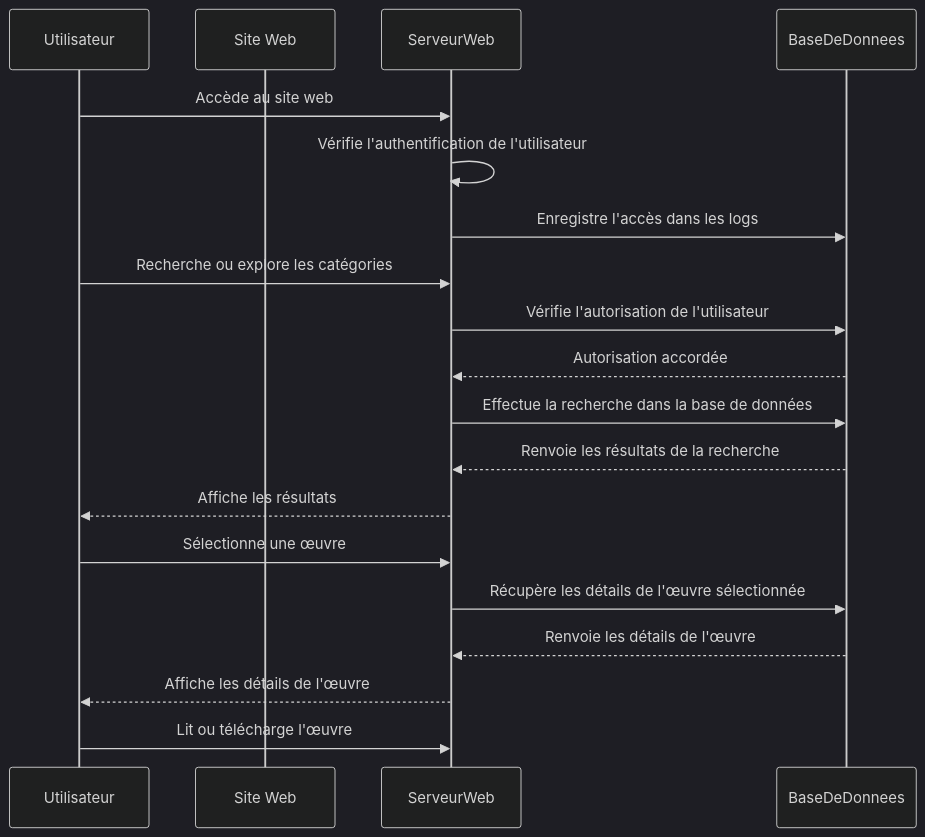
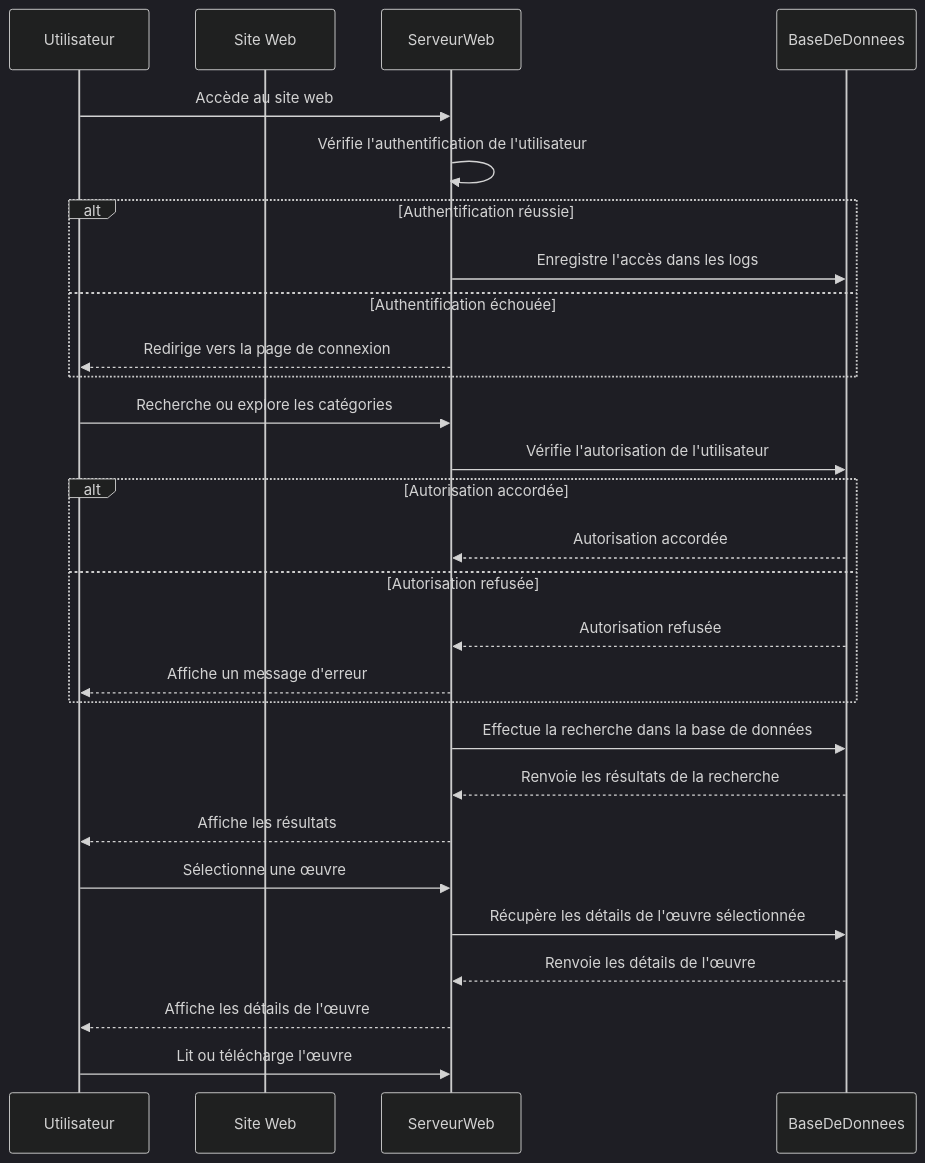
Before and after one commit to melenedufrenois/QuoicOurs: the diagram in scenarios/1/diag_seq.md, drawn with Mermaid (dark theme).

````diff
--- a/scenarios/1/diag_seq.md
+++ b/scenarios/1/diag_seq.md
@@ -1,22 +1,38 @@
 ```mermaid
 sequenceDiagram
     participant U as Utilisateur
     participant S as Site Web
     participant SW as ServeurWeb
     participant DB as BaseDeDonnees
 
     U->>SW: Accède au site web
+
     SW->>SW: Vérifie l'authentification de l'utilisateur
-    SW->>DB: Enregistre l'accès dans les logs
+    alt Authentification réussie
+        SW->>DB: Enregistre l'accès dans les logs
+    else Authentification échouée
+        SW-->>U: Redirige vers la page de connexion
+    end
+
     U->>SW: Recherche ou explore les catégories
+
     SW->>DB: Vérifie l'autorisation de l'utilisateur
-    DB-->>SW: Autorisation accordée
+    alt Autorisation accordée
+        DB-->>SW: Autorisation accordée
+    else Autorisation refusée
+        DB-->>SW: Autorisation refusée
+        SW-->>U: Affiche un message d'erreur
+    end
+
     SW->>DB: Effectue la recherche dans la base de données
     DB-->>SW: Renvoie les résultats de la recherche
     SW-->>U: Affiche les résultats
+
     U->>SW: Sélectionne une œuvre
+
     SW->>DB: Récupère les détails de l'œuvre sélectionnée
     DB-->>SW: Renvoie les détails de l'œuvre
     SW-->>U: Affiche les détails de l'œuvre
+
     U->>SW: Lit ou télécharge l'œuvre
 ```
````
